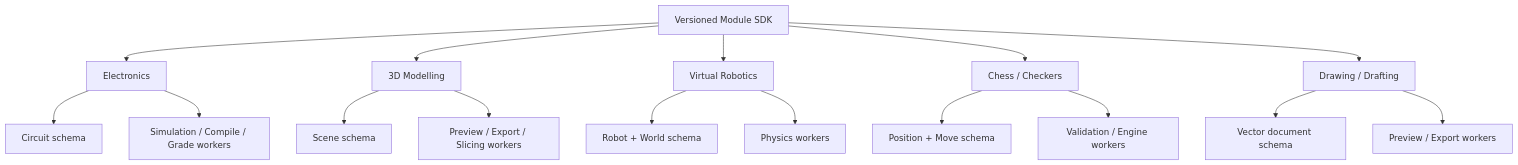
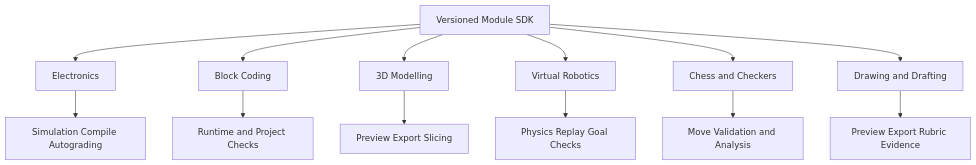
One commit to spikeal8-maker/asa-lab changed the sixth of 9 diagrams in docs/project-map/PROJECT_MAP.md. Above: the diagram before and after it, drawn with Mermaid. The commit also changed other lines of this file, not shown here.

````diff
--- a/docs/project-map/PROJECT_MAP.md
+++ b/docs/project-map/PROJECT_MAP.md
@@ -174,19 +212,17 @@
 ```mermaid
 flowchart TB
     SDK["Versioned Module SDK"]
     SDK --> E["Electronics"]
+    SDK --> B["Block Coding"]
     SDK --> D3["3D Modelling"]
     SDK --> R["Virtual Robotics"]
-    SDK --> C["Chess / Checkers"]
-    SDK --> G["Drawing / Drafting"]
-    E --> ES["Circuit schema"]
-    E --> EW["Simulation / Compile / Grade workers"]
-    D3 --> DS["Scene schema"]
-    D3 --> DW["Preview / Export / Slicing workers"]
-    R --> RS["Robot + World schema"]
-    R --> RW["Physics workers"]
-    C --> CS["Position + Move schema"]
-    C --> CW["Validation / Engine workers"]
-    G --> GS["Vector document schema"]
-    G --> GW["Preview / Export workers"]
+    SDK --> C["Chess and Checkers"]
+    SDK --> G["Drawing and Drafting"]
+
+    E --> EW["Simulation Compile Autograding"]
+    B --> BW["Runtime and Project Checks"]
+    D3 --> DW["Preview Export Slicing"]
+    R --> RW["Physics Replay Goal Checks"]
+    C --> CW["Move Validation and Analysis"]
+    G --> GW["Preview Export Rubric Evidence"]
 ```
````
